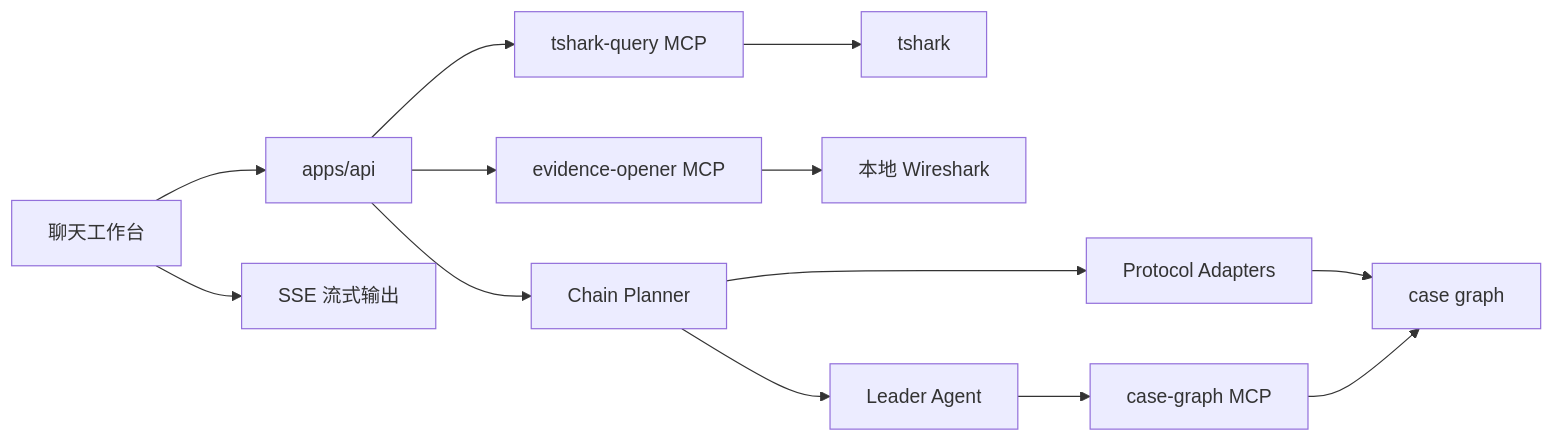
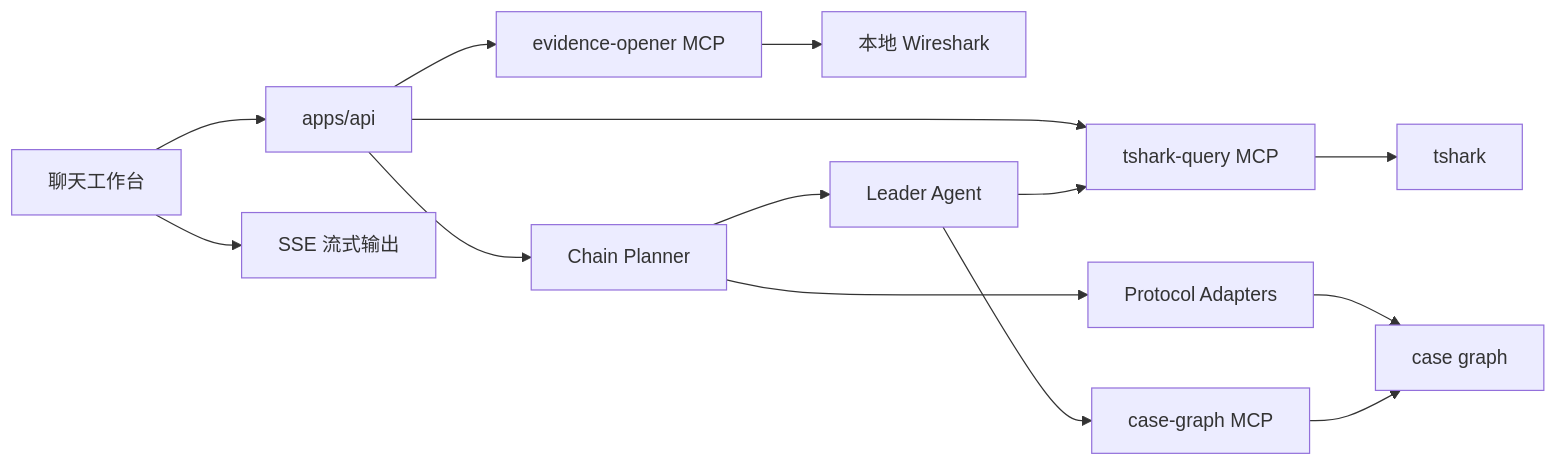
Before and after one commit to Matthewyin/pcapai: the diagram in docs/architecture.md, drawn with Mermaid. The commit also changed other lines of this file and 20 other files, not shown here.

````diff
--- a/docs/architecture.md
+++ b/docs/architecture.md
@@ -7,15 +9,16 @@
 ```mermaid
 flowchart LR
   Web["聊天工作台"] --> API["apps/api"]
   API --> Query["tshark-query MCP"]
   API --> Opener["evidence-opener MCP"]
   Query --> Tshark["tshark"]
   Opener --> Wireshark["本地 Wireshark"]
   API --> Planner["Chain Planner"]
   Planner --> Adapters["Protocol Adapters"]
   Planner --> Agent["Leader Agent"]
   Adapters --> Graph["case graph"]
   Agent --> CaseGraph["case-graph MCP"]
+  Agent --> Query
   CaseGraph --> Graph
   Web --> SSE["SSE 流式输出"]
 ```
````
